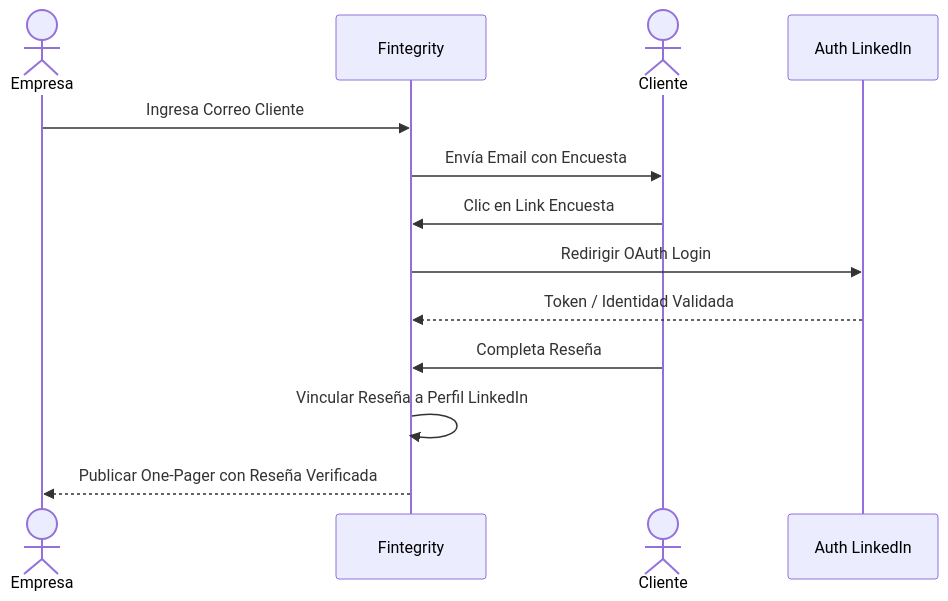
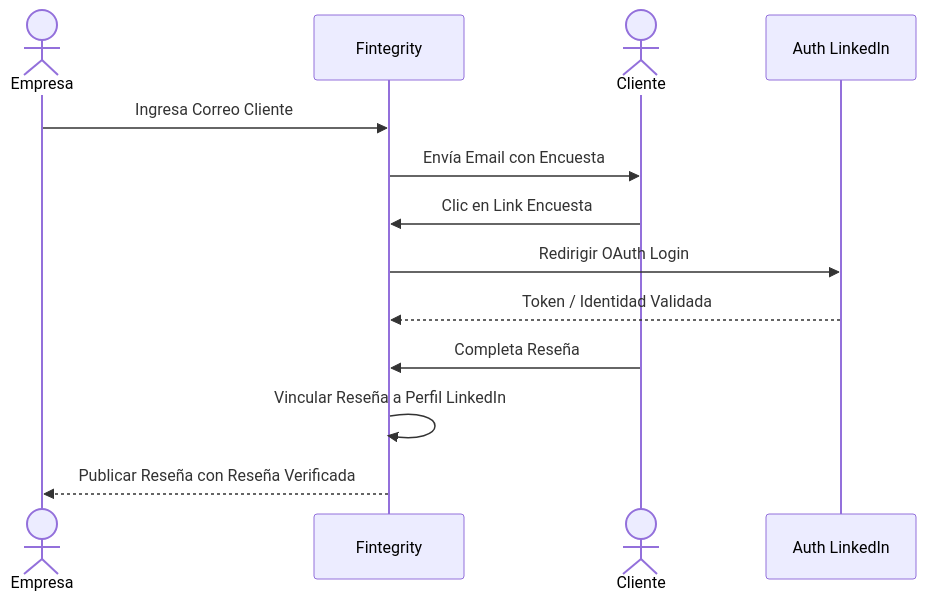
The fourth of 6 diagrams in README.md (martiincooper/Fintegrity), drawn with Mermaid before and after one commit. The commit also changed other lines of this file, not shown here.

````diff
--- a/README.md
+++ b/README.md
@@ -127,16 +129,16 @@
 ```mermaid
 sequenceDiagram
     actor Emp as Empresa
     participant Sys as Fintegrity
     actor Cli as Cliente
     participant LI as Auth LinkedIn
 
     Emp->>Sys: Ingresa Correo Cliente
     Sys->>Cli: Envía Email con Encuesta
     Cli->>Sys: Clic en Link Encuesta
     Sys->>LI: Redirigir OAuth Login
     LI-->>Sys: Token / Identidad Validada
     Cli->>Sys: Completa Reseña
     Sys->>Sys: Vincular Reseña a Perfil LinkedIn
-    Sys-->>Emp: Publicar One-Pager con Reseña Verificada
+    Sys-->>Emp: Publicar Reseña con Reseña Verificada
 ```
````
